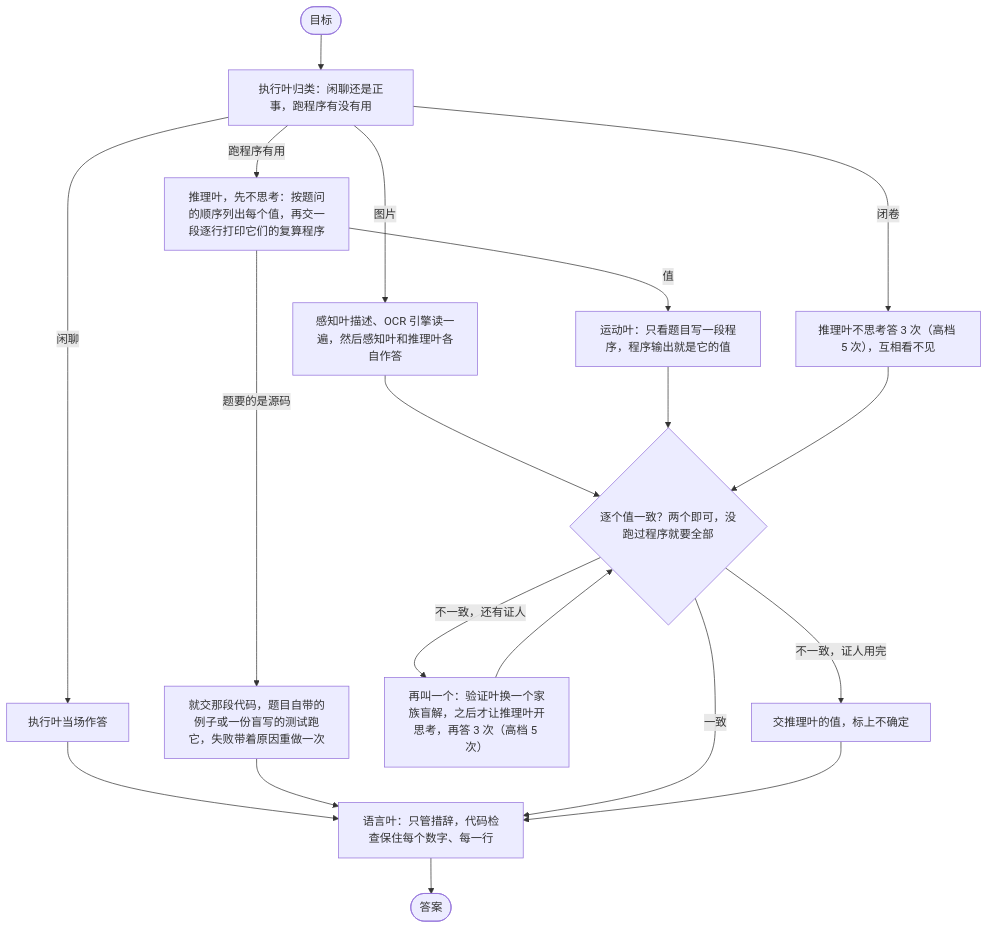
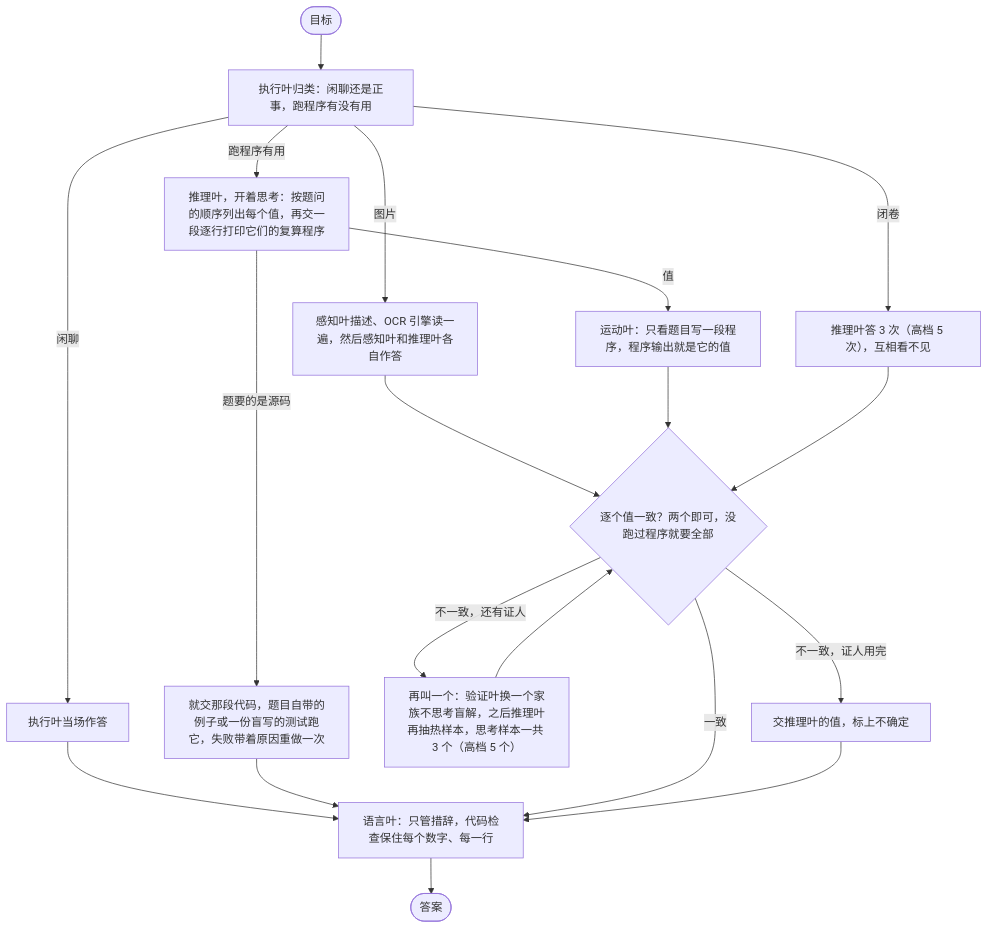
One commit to VecSzn/lobes changed the second of 2 diagrams in README.zh-CN.md. Above: the diagram before and after it, drawn with Mermaid. The commit also changed other lines of this file and 16 other files, not shown here.

Commit message:
a program that ran cannot be outvoted by written values; the reasoning lobe thinks from its first sample; readme, report and architecture from the finished 5090 runs

````diff
--- a/README.zh-CN.md
+++ b/README.zh-CN.md
@@ -90,13 +82,13 @@
 ```mermaid
 flowchart TD
   G(["目标"]) --> E["执行叶归类：闲聊还是正事，跑程序有没有用"]
   E -->|闲聊| F["执行叶当场作答"] --> L
   E -->|图片| P["感知叶描述、OCR 引擎读一遍，然后感知叶和推理叶各自作答"] --> A
-  E -->|跑程序有用| R["推理叶，先不思考：按题问的顺序列出每个值，再交一段逐行打印它们的复算程序"]
+  E -->|跑程序有用| R["推理叶，开着思考：按题问的顺序列出每个值，再交一段逐行打印它们的复算程序"]
   R -->|题要的是源码| C["就交那段代码，题目自带的例子或一份盲写的测试跑它，失败带着原因重做一次"] --> L
   R -->|值| M["运动叶：只看题目写一段程序，程序输出就是它的值"] --> A{"逐个值一致？两个即可，没跑过程序就要全部"}
-  E -->|闭卷| Q["推理叶不思考答 3 次（高档 5 次），互相看不见"] --> A
-  A -->|不一致，还有证人| V["再叫一个：验证叶换一个家族盲解，之后才让推理叶开思考，再答 3 次（高档 5 次）"] --> A
+  E -->|闭卷| Q["推理叶答 3 次（高档 5 次），互相看不见"] --> A
+  A -->|不一致，还有证人| V["再叫一个：验证叶换一个家族不思考盲解，之后推理叶再抽热样本，思考样本一共 3 个（高档 5 个）"] --> A
   A -->|一致| L["语言叶：只管措辞，代码检查保住每个数字、每一行"] --> ANS(["答案"])
   A -->|不一致，证人用完| H["交推理叶的值，标上不确定"] --> L
 ```
````
